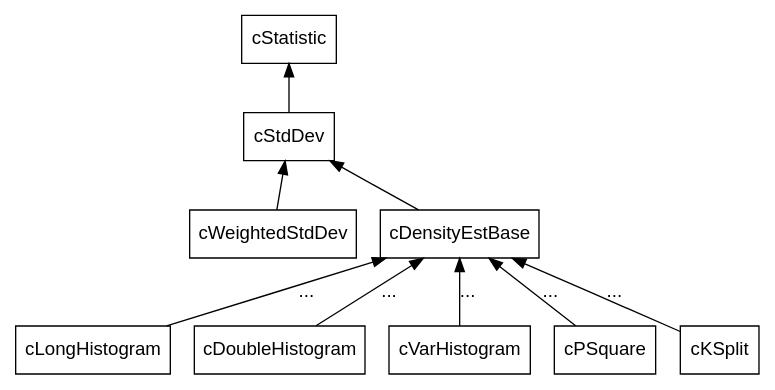
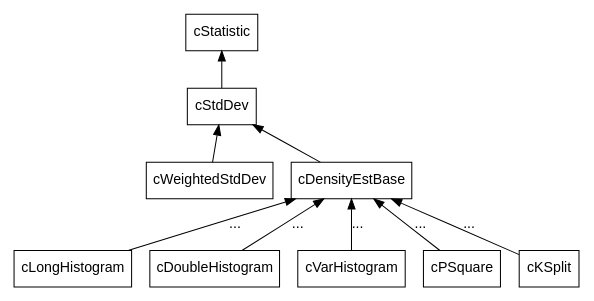
One commit to omnetpp/omnetpp changed the diagram in doc/src/manual/figures/cstatistic-inheritance.dot. Above: the diagram before and after it, drawn with Graphviz. The commit also changed 8 other files, not shown here.

First line of the commit message:
usman: Fine tuned graphviz figure sizes.

```diff
--- a/doc/src/manual/figures/cstatistic-inheritance.dot
+++ b/doc/src/manual/figures/cstatistic-inheritance.dot
@@ -1,17 +1,17 @@
 digraph g {
-        fontsize=12;
+        fontsize=12; size="6,6";
         node [fontname="Arial"];
         edge [fontname="Arial"];
 
         node [shape = "rectangle"];
         edge [dir = "back"];
 
         cStatistic -> cStdDev;
         cStdDev -> cWeightedStdDev;
         cStdDev -> cDensityEstBase;
         cDensityEstBase -> cLongHistogram [label="..."];
         cDensityEstBase -> cDoubleHistogram [label="..."];
         cDensityEstBase -> cVarHistogram [label="..."];
         cDensityEstBase -> cPSquare [label="..."];
         cDensityEstBase -> cKSplit [label="..."];
 }
```
